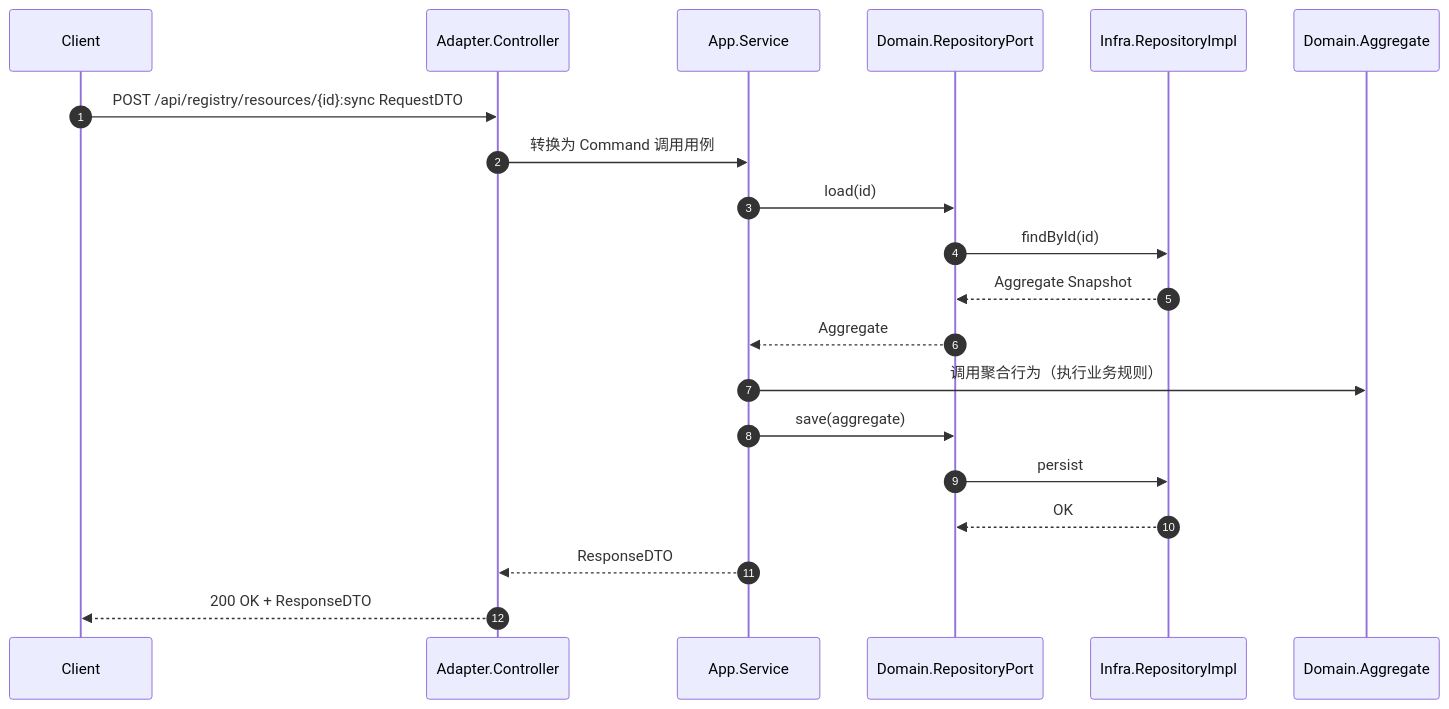
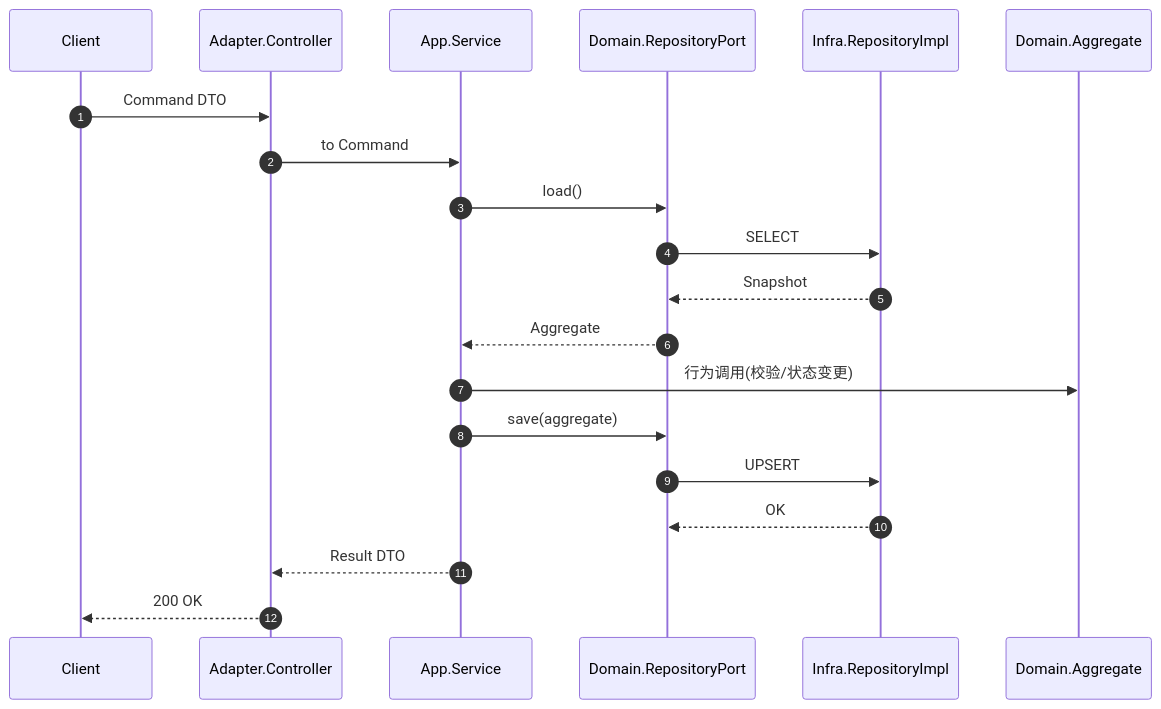
One commit to linqibin0826/patra changed the first of 2 diagrams in patra-api/patra-registry/readme.md. Above: the diagram before and after it, drawn with Mermaid. The commit also changed other lines of this file and 64 other files, not shown here.

````diff
--- a/patra-api/patra-registry/readme.md
+++ b/patra-api/patra-registry/readme.md
@@ -178,23 +107,22 @@
 ```mermaid
 sequenceDiagram
   autonumber
   participant C as Client
-  participant AC as Adapter.Controller
-  participant AS as App.Service
+  participant CTR as Adapter.Controller
+  participant APP as App.Service
   participant RP as Domain.RepositoryPort
-  participant IR as Infra.RepositoryImpl
-  participant AG as Domain.Aggregate
-
-  C->>AC: POST /api/registry/resources/{id}:sync RequestDTO
-  AC->>AS: 转换为 Command 调用用例
-  AS->>RP: load(id)
-  RP->>IR: findById(id)
-  IR-->>RP: Aggregate Snapshot
-  RP-->>AS: Aggregate
-  AS->>AG: 调用聚合行为（执行业务规则）
-  AS->>RP: save(aggregate)
-  RP->>IR: persist
-  IR-->>RP: OK
-  AS-->>AC: ResponseDTO
-  AC-->>C: 200 OK + ResponseDTO
+  participant INF as Infra.RepositoryImpl
+  participant AGG as Domain.Aggregate
+  C->>CTR: Command DTO
+  CTR->>APP: to Command
+  APP->>RP: load()
+  RP->>INF: SELECT
+  INF-->>RP: Snapshot
+  RP-->>APP: Aggregate
+  APP->>AGG: 行为调用(校验/状态变更)
+  APP->>RP: save(aggregate)
+  RP->>INF: UPSERT
+  INF-->>RP: OK
+  APP-->>CTR: Result DTO
+  CTR-->>C: 200 OK
 ```
````
